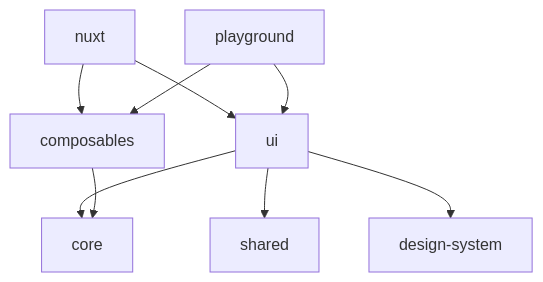
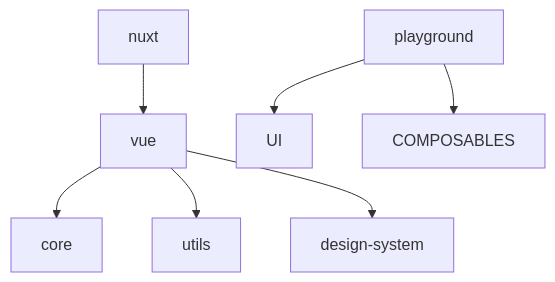
Before and after one commit to KlangHaus/grundtone: the diagram in docs/DEVELOPMENT.md, drawn with Mermaid. The commit also changed other lines of this file and 2 other files, not shown here.

````diff
--- a/docs/DEVELOPMENT.md
+++ b/docs/DEVELOPMENT.md
@@ -25,11 +25,9 @@
 ```mermaid
 graph TD
-    UI[ui] --> CORE[core]
-    UI --> SHARED[shared]
-    UI --> TOKENS[design-system]
-    COMPOSABLES[composables] --> CORE
-    NUXT[nuxt] --> UI
-    NUXT --> COMPOSABLES
+    VUE[vue] --> CORE[core]
+    VUE --> UTILS[utils]
+    VUE --> DS[design-system]
+    NUXT[nuxt] --> VUE
     PLAYGROUND[playground] --> UI
     PLAYGROUND --> COMPOSABLES
 ```
````
